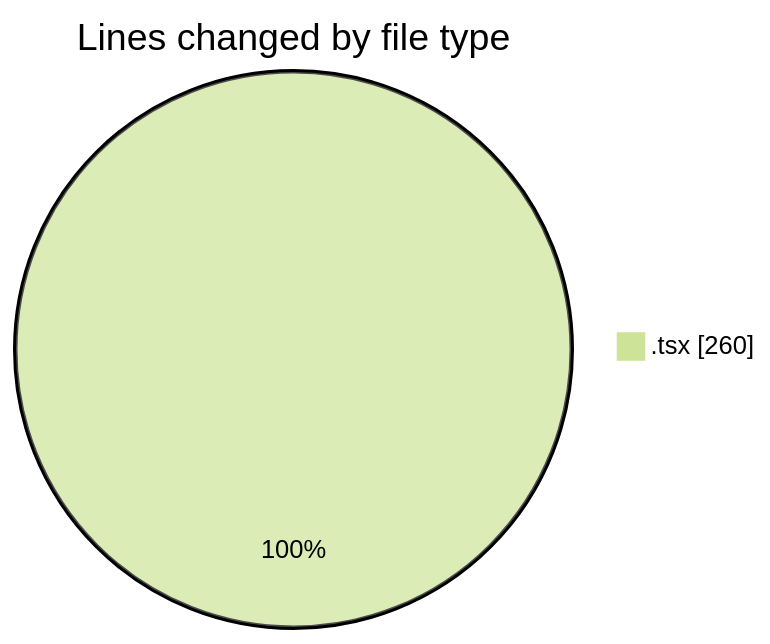
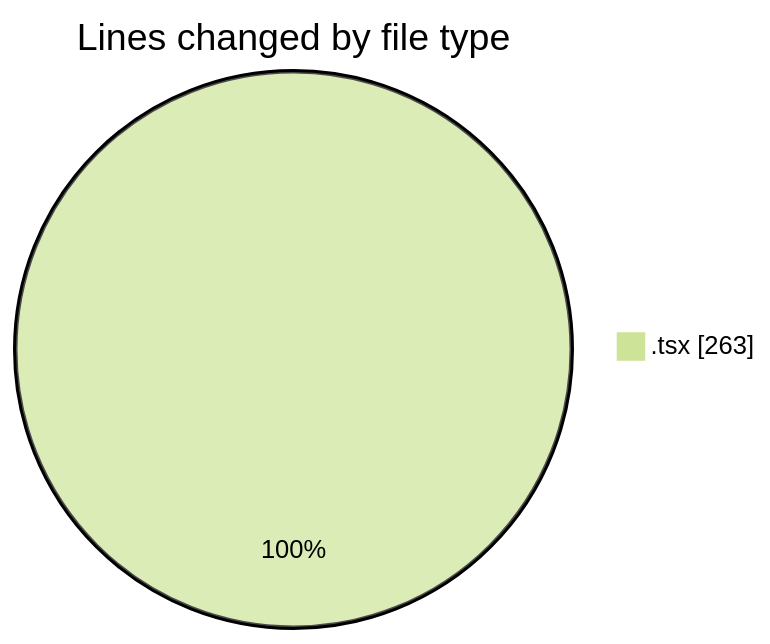
Before and after one commit to NitaiMahat/code-tracking: the first of 2 diagrams in 2025-08-05/pif/README.md, drawn with Mermaid (forest theme). The commit also changed other lines of this file and 1 other file, not shown here.

````diff
--- a/2025-08-05/pif/README.md
+++ b/2025-08-05/pif/README.md
@@ -20,5 +20,5 @@
 ```mermaid
 pie showData
 title Lines changed by file type
-".tsx" : 260
+".tsx" : 263
 ```
````
